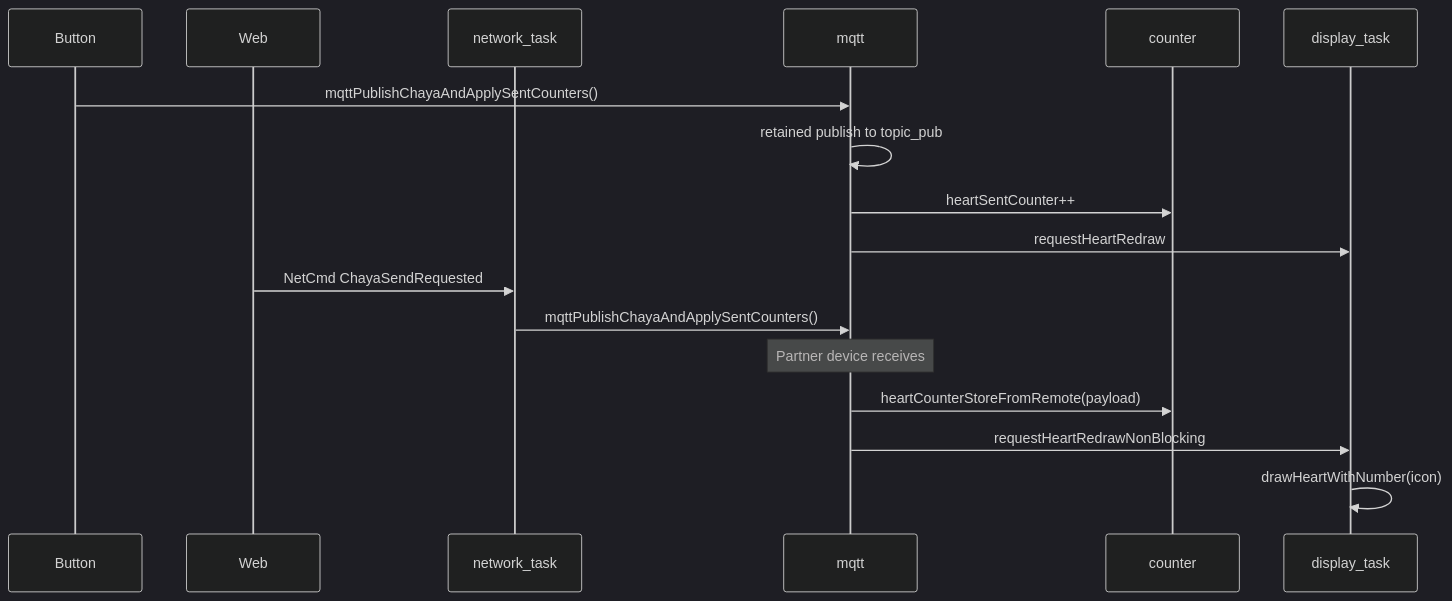
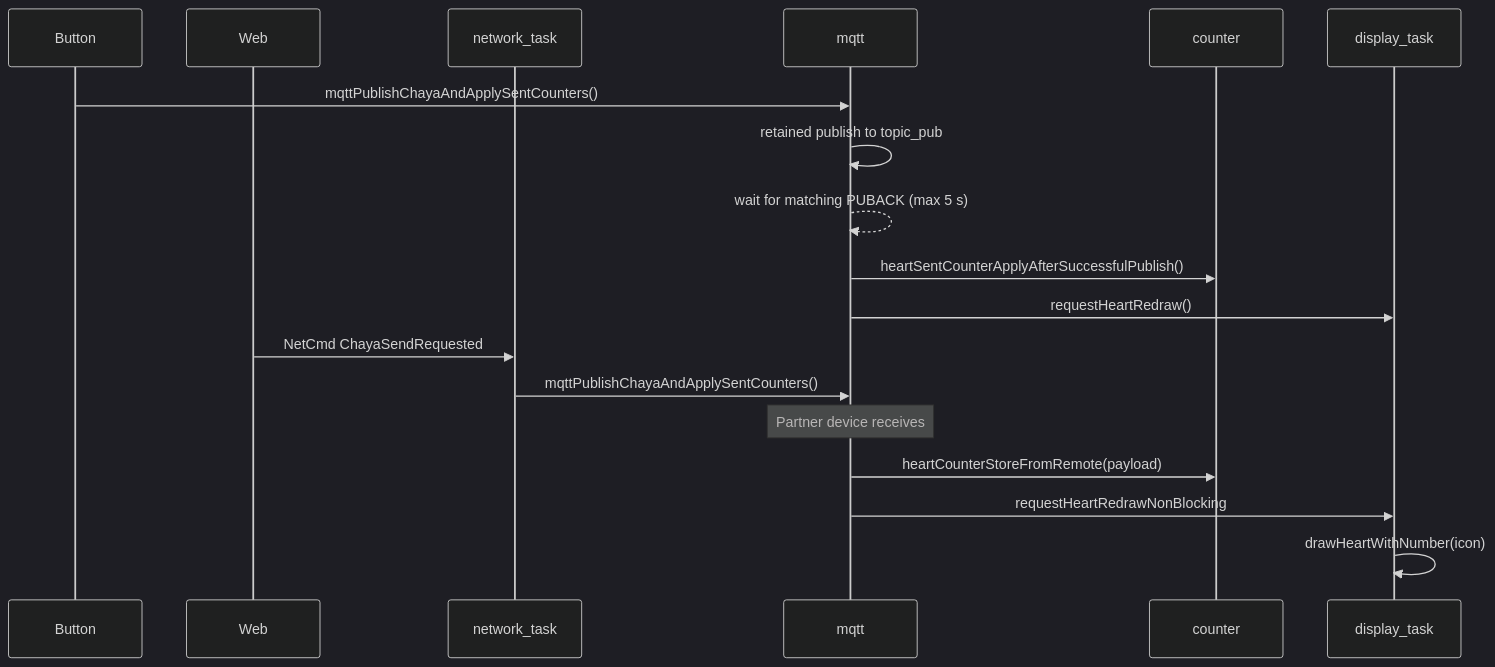
One commit to EyJunge1/chaya2mqtt changed the third of 3 diagrams in docs/ARCHITECTURE.md. Above: the diagram before and after it, drawn with Mermaid (dark theme). The commit also changed other lines of this file and 11 other files, not shown here.

````diff
--- a/docs/ARCHITECTURE.md
+++ b/docs/ARCHITECTURE.md
@@ -204,22 +204,23 @@
 ```mermaid
 sequenceDiagram
     participant B as Button
     participant W as Web
     participant N as network_task
     participant M as mqtt
     participant C as counter
     participant D as display_task
 
     B->>M: mqttPublishChayaAndApplySentCounters()
     M->>M: retained publish to topic_pub
-    M->>C: heartSentCounter++
-    M->>D: requestHeartRedraw
+    M-->>M: wait for matching PUBACK (max 5 s)
+    M->>C: heartSentCounterApplyAfterSuccessfulPublish()
+    M->>D: requestHeartRedraw()
 
     W->>N: NetCmd ChayaSendRequested
     N->>M: mqttPublishChayaAndApplySentCounters()
 
     Note over M: Partner device receives
     M->>C: heartCounterStoreFromRemote(payload)
     M->>D: requestHeartRedrawNonBlocking
     D->>D: drawHeartWithNumber(icon)
 ```
````
